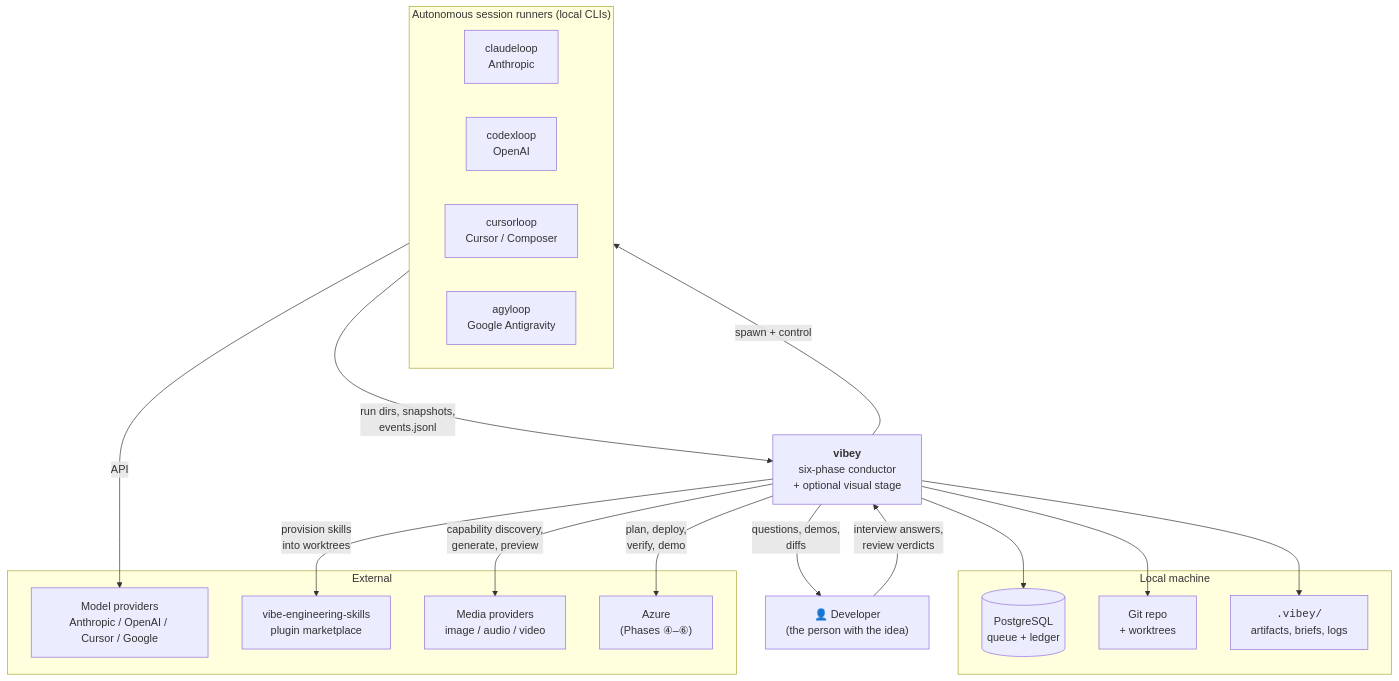
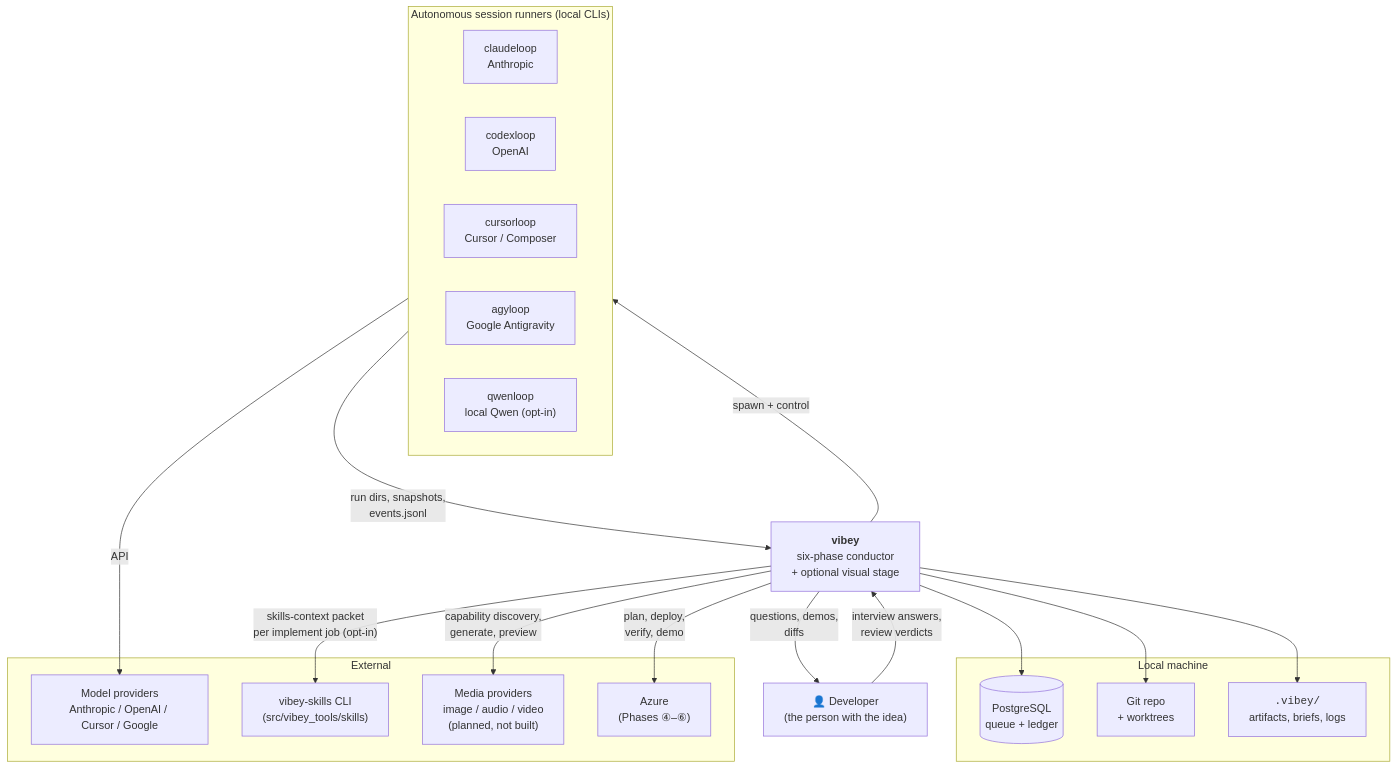
Before and after one commit to adammatthewsteinberger/vibey: the first of 6 diagrams in docs/plans/architecture-and-roadmap.md, drawn with Mermaid. The commit also changed other lines of this file and 8 other files, not shown here.

````diff
--- a/docs/plans/architecture-and-roadmap.md
+++ b/docs/plans/architecture-and-roadmap.md
@@ -82,37 +112,38 @@
 ```mermaid
 graph TB
     User["👤 Developer<br/>(the person with the idea)"]
     Vibey["<b>vibey</b><br/>six-phase conductor<br/>+ optional visual stage"]
 
     subgraph Engines["Autonomous session runners (local CLIs)"]
         CL["claudeloop<br/>Anthropic"]
         XL["codexloop<br/>OpenAI"]
         UL["cursorloop<br/>Cursor / Composer"]
         AL["agyloop<br/>Google Antigravity"]
+        QL["qwenloop<br/>local Qwen (opt-in)"]
     end
 
     subgraph Local["Local machine"]
         PG[("PostgreSQL<br/>queue + ledger")]
         Git["Git repo<br/>+ worktrees"]
         FS["<code>.vibey/</code><br/>artifacts, briefs, logs"]
     end
 
     subgraph External["External"]
         Providers["Model providers<br/>Anthropic / OpenAI / Cursor / Google"]
-        Market["vibe-engineering-skills<br/>plugin marketplace"]
-        Media["Media providers<br/>image / audio / video"]
+        Market["vibey-skills CLI<br/>(src/vibey_tools/skills)"]
+        Media["Media providers<br/>image / audio / video<br/>(planned, not built)"]
         Azure["Azure<br/>(Phases ④–⑥)"]
     end
 
     User -->|"interview answers,<br/>review verdicts"| Vibey
     Vibey -->|"questions, demos,<br/>diffs"| User
     Vibey -->|"spawn + control"| Engines
     Engines -->|"run dirs, snapshots,<br/>events.jsonl"| Vibey
     Engines -->|API| Providers
     Vibey -->|"capability discovery,<br/>generate, preview"| Media
     Vibey --> PG
     Vibey --> Git
     Vibey --> FS
-    Vibey -->|"provision skills<br/>into worktrees"| Market
+    Vibey -->|"skills-context packet<br/>per implement job (opt-in)"| Market
     Vibey -->|"plan, deploy,<br/>verify, demo"| Azure
 ```
````
